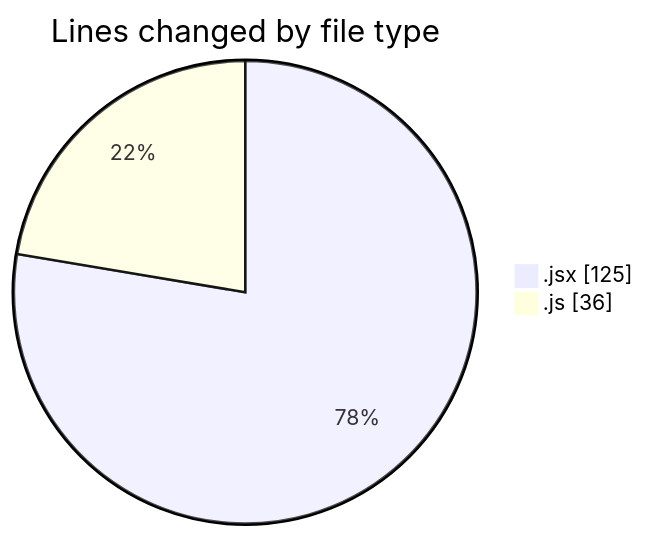
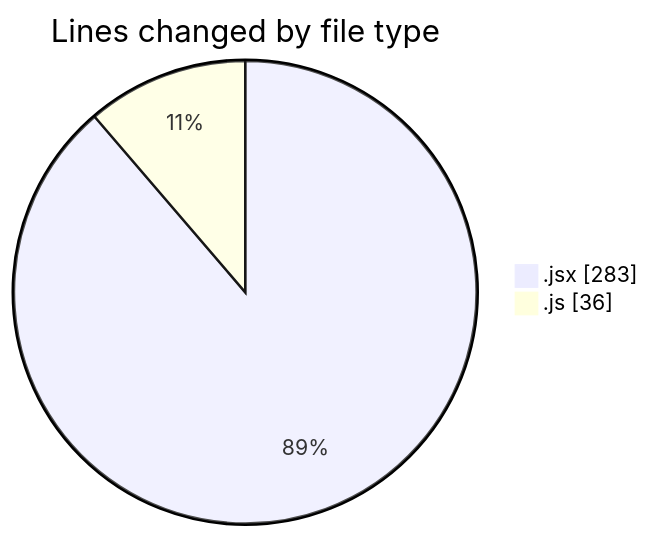
One commit to Elitesun/code-tracking changed the first of 2 diagrams in 2025-03-09/elitesgpt/README.md. Above: the diagram before and after it, drawn with Mermaid. The commit also changed other lines of this file and 1 other file, not shown here.

````diff
--- a/2025-03-09/elitesgpt/README.md
+++ b/2025-03-09/elitesgpt/README.md
@@ -23,6 +24,6 @@
 ```mermaid
 pie showData
 title Lines changed by file type
-".jsx" : 125
+".jsx" : 283
 ".js" : 36
 ```
````
